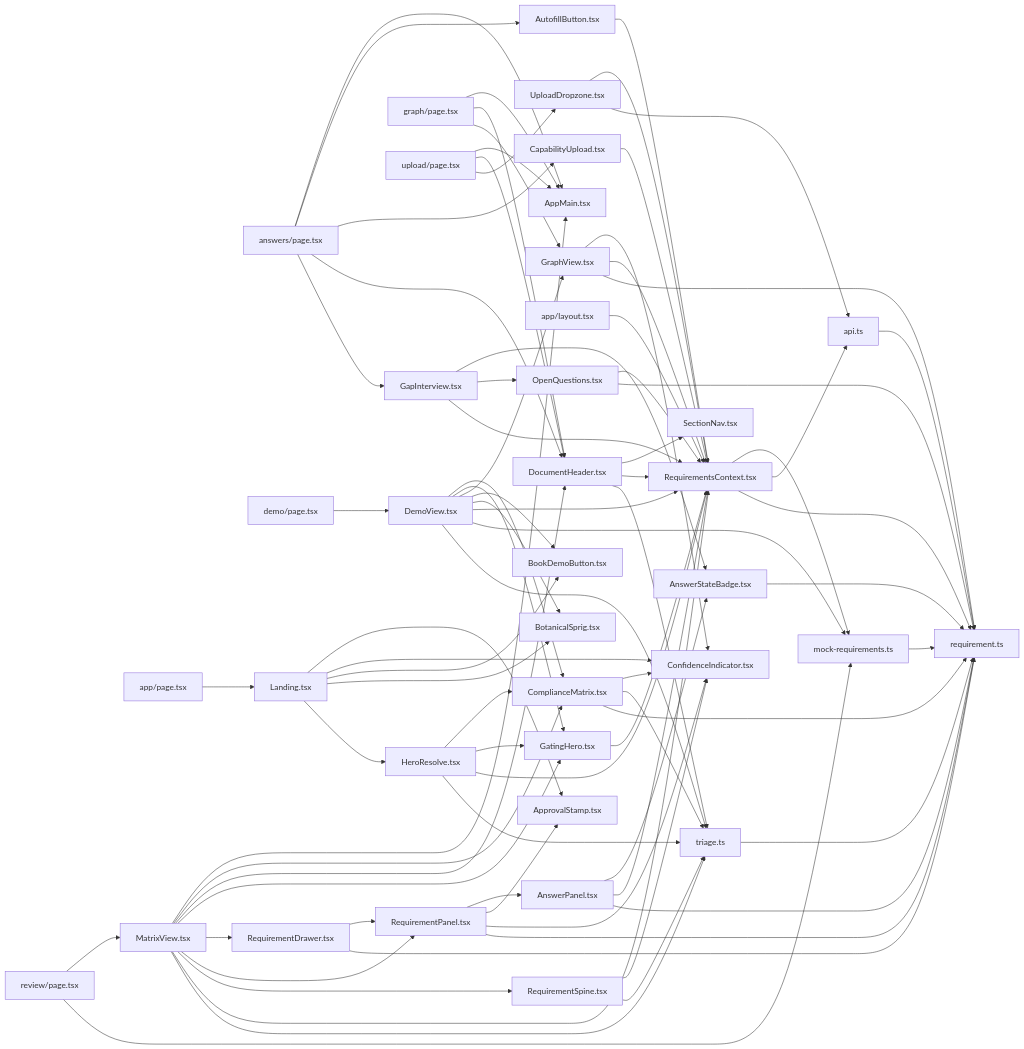
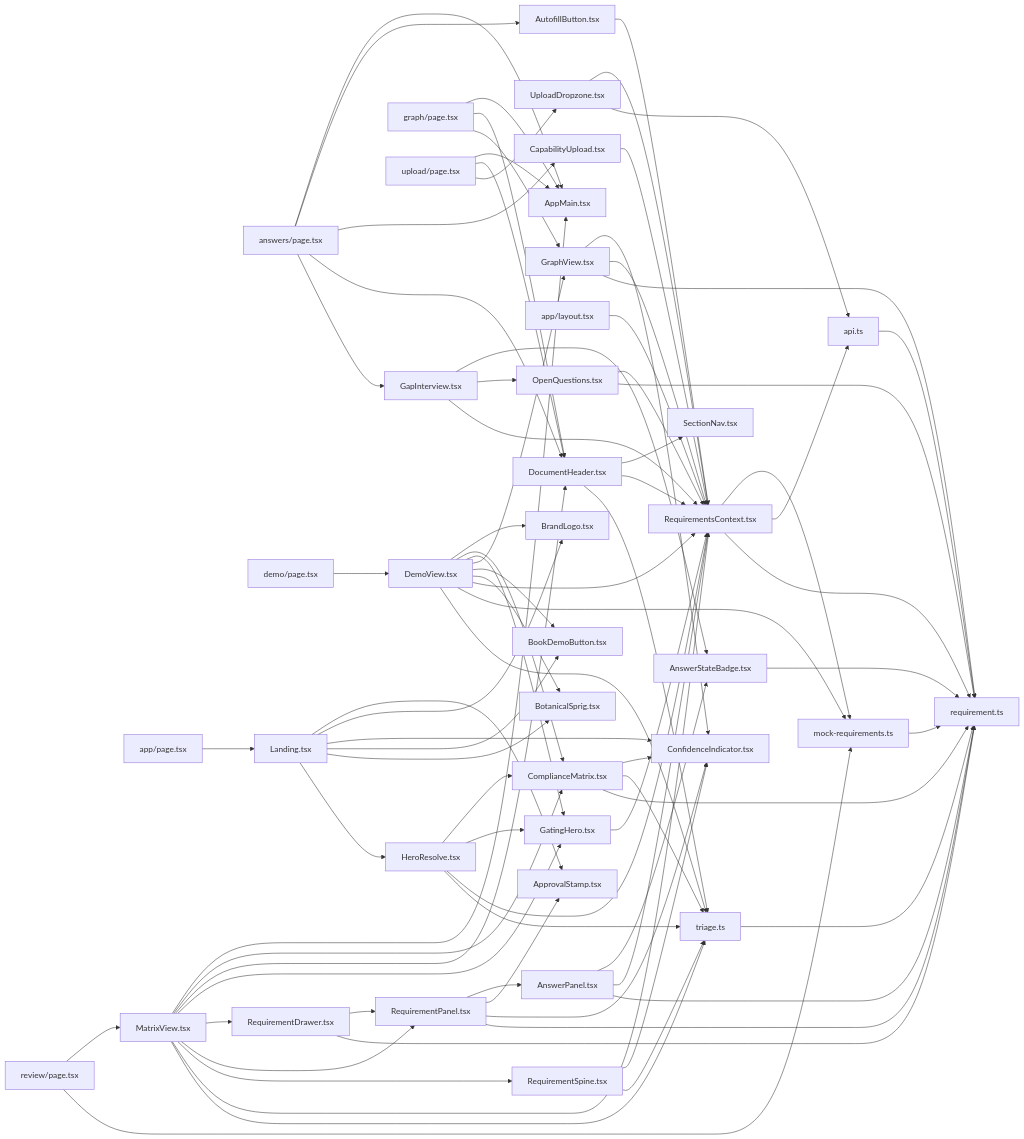
The second of 3 diagrams in CODEMAP.md (Welddevelopment/Bidframe), drawn with Mermaid before and after one commit. The commit also changed other lines of this file and 1 other file, not shown here.

Commit message:
chore(codemap): refresh map [skip ci]

````diff
--- a/CODEMAP.md
+++ b/CODEMAP.md
@@ -67,58 +67,60 @@
   n22[ComplianceMatrix.tsx] --> n23[ConfidenceIndicator.tsx]
   n22[ComplianceMatrix.tsx] --> n24[triage.ts]
   n22[ComplianceMatrix.tsx] --> n21[requirement.ts]
+  n7[DemoView.tsx] --> n25[BrandLogo.tsx]
   n7[DemoView.tsx] --> n22[ComplianceMatrix.tsx]
-  n7[DemoView.tsx] --> n25[GatingHero.tsx]
+  n7[DemoView.tsx] --> n26[GatingHero.tsx]
   n7[DemoView.tsx] --> n9[GraphView.tsx]
-  n7[DemoView.tsx] --> n26[BookDemoButton.tsx]
-  n7[DemoView.tsx] --> n27[BotanicalSprig.tsx]
+  n7[DemoView.tsx] --> n27[BookDemoButton.tsx]
+  n7[DemoView.tsx] --> n28[BotanicalSprig.tsx]
   n7[DemoView.tsx] --> n11[RequirementsContext.tsx]
   n7[DemoView.tsx] --> n16[mock-requirements.ts]
   n7[DemoView.tsx] --> n24[triage.ts]
-  n4[DocumentHeader.tsx] --> n28[SectionNav.tsx]
+  n4[DocumentHeader.tsx] --> n29[SectionNav.tsx]
   n4[DocumentHeader.tsx] --> n11[RequirementsContext.tsx]
   n4[DocumentHeader.tsx] --> n24[triage.ts]
   n5[GapInterview.tsx] --> n20[AnswerStateBadge.tsx]
-  n5[GapInterview.tsx] --> n29[OpenQuestions.tsx]
+  n5[GapInterview.tsx] --> n30[OpenQuestions.tsx]
   n5[GapInterview.tsx] --> n11[RequirementsContext.tsx]
-  n25[GatingHero.tsx] --> n11[RequirementsContext.tsx]
+  n26[GatingHero.tsx] --> n11[RequirementsContext.tsx]
   n9[GraphView.tsx] --> n23[ConfidenceIndicator.tsx]
   n9[GraphView.tsx] --> n11[RequirementsContext.tsx]
   n9[GraphView.tsx] --> n21[requirement.ts]
   n15[MatrixView.tsx] --> n1[AppMain.tsx]
   n15[MatrixView.tsx] --> n22[ComplianceMatrix.tsx]
   n15[MatrixView.tsx] --> n4[DocumentHeader.tsx]
-  n15[MatrixView.tsx] --> n25[GatingHero.tsx]
-  n15[MatrixView.tsx] --> n30[RequirementDrawer.tsx]
-  n15[MatrixView.tsx] --> n31[RequirementPanel.tsx]
-  n15[MatrixView.tsx] --> n32[RequirementSpine.tsx]
+  n15[MatrixView.tsx] --> n26[GatingHero.tsx]
+  n15[MatrixView.tsx] --> n31[RequirementDrawer.tsx]
+  n15[MatrixView.tsx] --> n32[RequirementPanel.tsx]
+  n15[MatrixView.tsx] --> n33[RequirementSpine.tsx]
   n15[MatrixView.tsx] --> n11[RequirementsContext.tsx]
   n15[MatrixView.tsx] --> n24[triage.ts]
-  n29[OpenQuestions.tsx] --> n11[RequirementsContext.tsx]
-  n29[OpenQuestions.tsx] --> n21[requirement.ts]
-  n30[RequirementDrawer.tsx] --> n31[RequirementPanel.tsx]
-  n30[RequirementDrawer.tsx] --> n21[requirement.ts]
-  n31[RequirementPanel.tsx] --> n19[AnswerPanel.tsx]
-  n31[RequirementPanel.tsx] --> n33[ApprovalStamp.tsx]
-  n31[RequirementPanel.tsx] --> n23[ConfidenceIndicator.tsx]
-  n31[RequirementPanel.tsx] --> n21[requirement.ts]
-  n32[RequirementSpine.tsx] --> n23[ConfidenceIndicator.tsx]
-  n32[RequirementSpine.tsx] --> n24[triage.ts]
+  n30[OpenQuestions.tsx] --> n11[RequirementsContext.tsx]
+  n30[OpenQuestions.tsx] --> n21[requirement.ts]
+  n31[RequirementDrawer.tsx] --> n32[RequirementPanel.tsx]
+  n31[RequirementDrawer.tsx] --> n21[requirement.ts]
+  n32[RequirementPanel.tsx] --> n19[AnswerPanel.tsx]
+  n32[RequirementPanel.tsx] --> n34[ApprovalStamp.tsx]
+  n32[RequirementPanel.tsx] --> n23[ConfidenceIndicator.tsx]
+  n32[RequirementPanel.tsx] --> n21[requirement.ts]
+  n33[RequirementSpine.tsx] --> n23[ConfidenceIndicator.tsx]
+  n33[RequirementSpine.tsx] --> n24[triage.ts]
   n18[UploadDropzone.tsx] --> n11[RequirementsContext.tsx]
-  n18[UploadDropzone.tsx] --> n34[api.ts]
-  n35[HeroResolve.tsx] --> n22[ComplianceMatrix.tsx]
-  n35[HeroResolve.tsx] --> n25[GatingHero.tsx]
-  n35[HeroResolve.tsx] --> n11[RequirementsContext.tsx]
-  n35[HeroResolve.tsx] --> n24[triage.ts]
-  n13[Landing.tsx] --> n33[ApprovalStamp.tsx]
+  n18[UploadDropzone.tsx] --> n35[api.ts]
+  n36[HeroResolve.tsx] --> n22[ComplianceMatrix.tsx]
+  n36[HeroResolve.tsx] --> n26[GatingHero.tsx]
+  n36[HeroResolve.tsx] --> n11[RequirementsContext.tsx]
+  n36[HeroResolve.tsx] --> n24[triage.ts]
+  n13[Landing.tsx] --> n34[ApprovalStamp.tsx]
+  n13[Landing.tsx] --> n25[BrandLogo.tsx]
   n13[Landing.tsx] --> n23[ConfidenceIndicator.tsx]
-  n13[Landing.tsx] --> n26[BookDemoButton.tsx]
-  n13[Landing.tsx] --> n27[BotanicalSprig.tsx]
-  n13[Landing.tsx] --> n35[HeroResolve.tsx]
+  n13[Landing.tsx] --> n27[BookDemoButton.tsx]
+  n13[Landing.tsx] --> n28[BotanicalSprig.tsx]
+  n13[Landing.tsx] --> n36[HeroResolve.tsx]
   n11[RequirementsContext.tsx] --> n16[mock-requirements.ts]
-  n11[RequirementsContext.tsx] --> n34[api.ts]
+  n11[RequirementsContext.tsx] --> n35[api.ts]
   n11[RequirementsContext.tsx] --> n21[requirement.ts]
   n16[mock-requirements.ts] --> n21[requirement.ts]
-  n34[api.ts] --> n21[requirement.ts]
+  n35[api.ts] --> n21[requirement.ts]
   n24[triage.ts] --> n21[requirement.ts]
 ```
````
